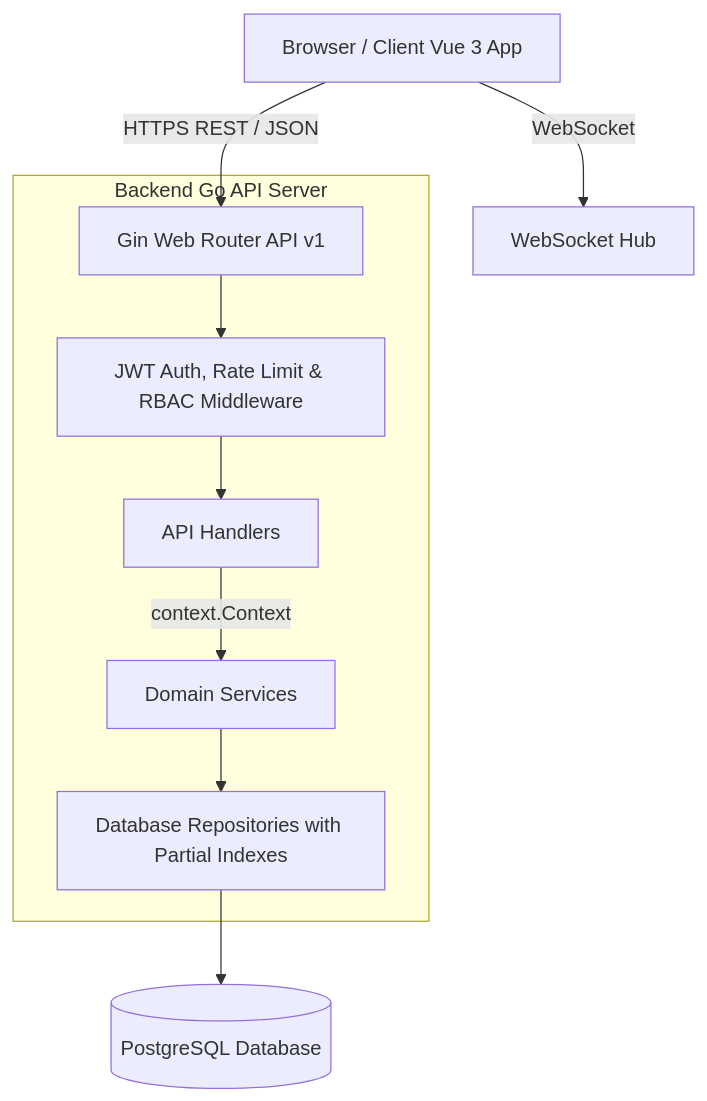
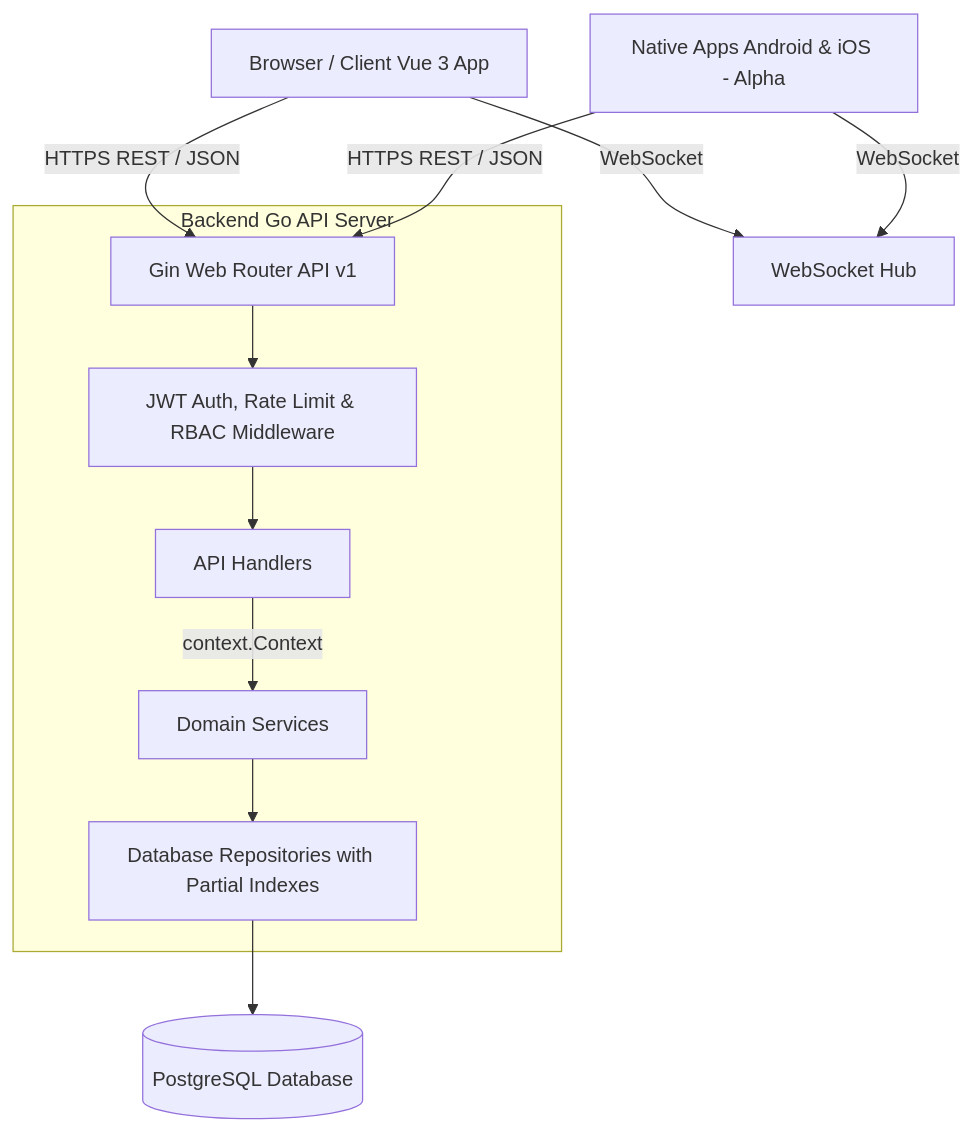
Before and after one commit to kimiko88/il_registro: the diagram in docs/WIKI.md, drawn with Mermaid. The commit also changed other lines of this file and 12 other files, not shown here.

Commit message:
docs: add comprehensive setup, architecture, and mobile development documentation

````diff
--- a/docs/WIKI.md
+++ b/docs/WIKI.md
@@ -47,14 +53,16 @@
 ```mermaid
 graph TD
-    Client[Browser / Client Vue 3 App] -->|HTTPS REST / JSON| Gateway[Gin Web Router API v1]
-    Client -->|WebSocket| WS[WebSocket Hub]
+    ClientWeb[Browser / Client Vue 3 App] -->|HTTPS REST / JSON| Gateway[Gin Web Router API v1]
+    ClientWeb -->|WebSocket| WS[WebSocket Hub]
+    ClientMobile[Native Apps Android & iOS - Alpha] -->|HTTPS REST / JSON| Gateway
+    ClientMobile -->|WebSocket| WS
 
     subgraph Backend Go API Server
         Gateway --> AuthMw[JWT Auth, Rate Limit & RBAC Middleware]
         AuthMw --> Handlers[API Handlers]
         Handlers -->|context.Context| Services[Domain Services]
         Services --> Repos[Database Repositories with Partial Indexes]
     end
 
     Repos --> DB[(PostgreSQL Database)]
 ```
````
